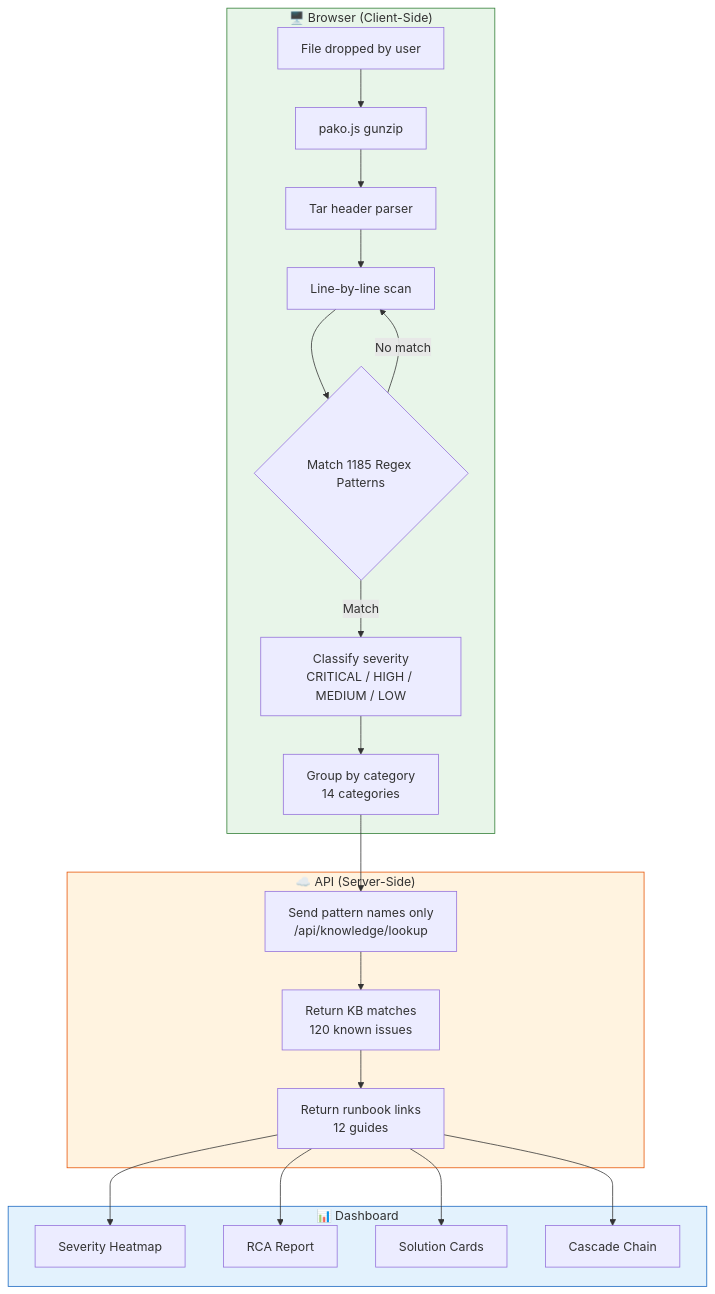
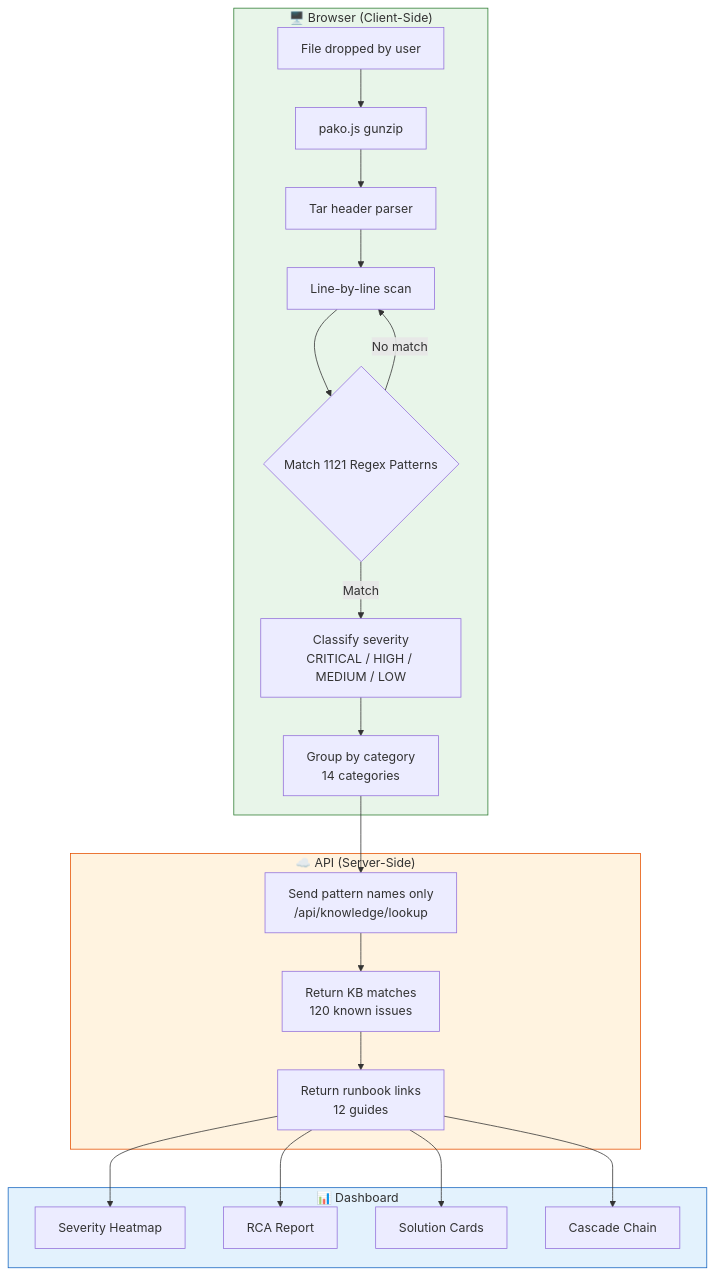
The third of 17 diagrams in README.md (yadakrishna245/Log_analysis), drawn with Mermaid before and after one commit. The commit also changed other lines of this file and 1 other file, not shown here.

````diff
--- a/README.md
+++ b/README.md
@@ -221,29 +233,29 @@
 ```mermaid
 flowchart TD
     subgraph BROWSER["🖥️ Browser (Client-Side)"]
         A1[File dropped by user] --> A2[pako.js gunzip]
         A2 --> A3[Tar header parser]
         A3 --> A4[Line-by-line scan]
-        A4 --> A5{Match 1185 Regex Patterns}
+        A4 --> A5{Match 1121 Regex Patterns}
         A5 -->|Match| A6[Classify severity<br/>CRITICAL / HIGH / MEDIUM / LOW]
         A5 -->|No match| A4
         A6 --> A7[Group by category<br/>14 categories]
     end
 
     subgraph API["☁️ API (Server-Side)"]
         A7 --> B1[Send pattern names only<br/>/api/knowledge/lookup]
         B1 --> B2[Return KB matches<br/>120 known issues]
         B2 --> B3[Return runbook links<br/>12 guides]
     end
 
     subgraph DISPLAY["📊 Dashboard"]
         B3 --> C1[Severity Heatmap]
         B3 --> C2[RCA Report]
         B3 --> C3[Solution Cards]
         B3 --> C4[Cascade Chain]
     end
 
     style BROWSER fill:#e8f5e9,stroke:#2e7d32
     style API fill:#fff3e0,stroke:#e65100
     style DISPLAY fill:#e3f2fd,stroke:#1565c0
 ```
````
